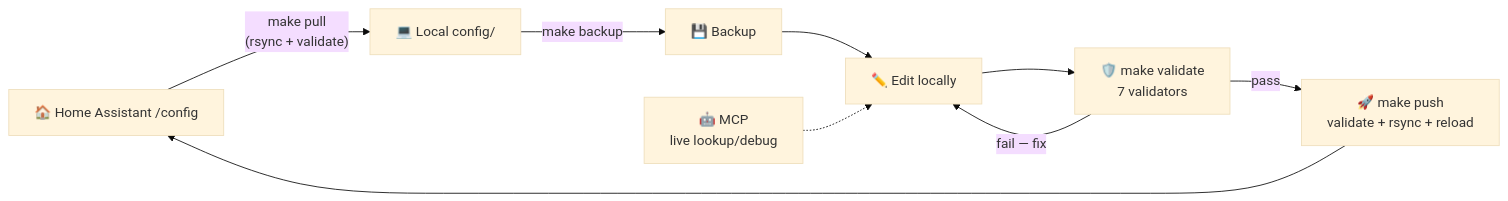
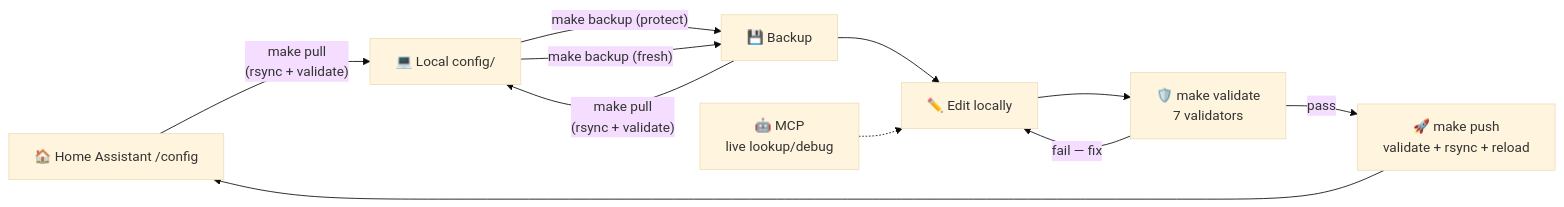
The first of 4 diagrams in README.md (stephenwong/claude-homeassistant), drawn with Mermaid (base theme) before and after one commit. The commit also changed other lines of this file and 15 other files, not shown here.

````diff
--- a/README.md
+++ b/README.md
@@ -21,19 +21,21 @@
 ```mermaid
 flowchart LR
     ha["🏠 Home Assistant /config"]
     local["💻 Local config/"]
     backup["💾 Backup"]
     edit["✏️ Edit locally"]
     validate["🛡️ make validate<br/>7 validators"]
     push["🚀 make push<br/>validate + rsync + reload"]
     mcp["🤖 MCP<br/>live lookup/debug"]
 
     ha -->|"make pull<br/>(rsync + validate)"| local
-    local -->|"make backup"| backup
+    local -->|"make backup (protect)"| backup
+    backup -->|"make pull<br/>(rsync + validate)"| local
+    local -->|"make backup (fresh)"| backup
     backup --> edit
     mcp -.-> edit
     edit --> validate
     validate -->|"fail — fix"| edit
     validate -->|"pass"| push
     push --> ha
 ```
````
